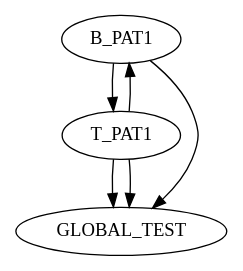
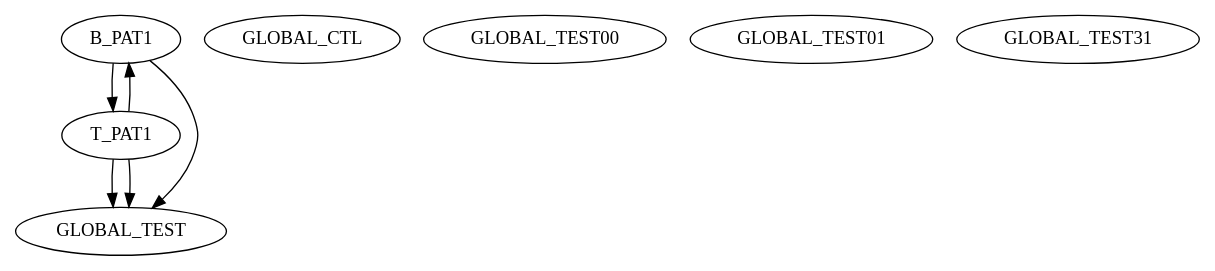
Before and after one commit to GSI-CS-CO/bel_projects: the diagram in modules/ftm/ftmx86/global.dot, drawn with Graphviz. The commit also changed 3 other files, not shown here.

Commit message:
DM: lib: now supporting reflocations for thread control and data (UNILAC->SIS thread start)

```diff
--- a/modules/ftm/ftmx86/global.dot
+++ b/modules/ftm/ftmx86/global.dot
@@ -1,25 +1,29 @@
 digraph g {
 name="Global_Test";
 
 graph []
 edge  [type="defdst"]
 
 
 subgraph cpu0 {
   node  [cpu="0", pattern="PAT1"];
 
   B_PAT1[type="block", tperiod="1000000000", patexit="true", qlo="true" ];
   T_PAT1[type="tmsg", toffs="0", patentry="true", fid="1", gid="200", evtno="259", beamin="0", bpcstart="0", sid="1", bpid="3", reqnobeam="0", vacc="0", par="0xCAFEBABE00000000", tef="0"];
   T_PAT1->B_PAT1->T_PAT1;
 
   GLOBAL_TEST [type="global", section="registers", pattern="EXTERN" ];
+  GLOBAL_CTL    [type="global", section="threadControl", pattern="EXTERN" ];
+  GLOBAL_TEST00 [type="global", section="threadStaging_00", pattern="EXTERN" ];
+  GLOBAL_TEST01 [type="global", section="threadStaging_01", pattern="EXTERN" ];
+  GLOBAL_TEST31 [type="global", section="threadStaging_31", pattern="EXTERN" ];
   
 
   B_PAT1->GLOBAL_TEST [type="reference", fieldtail="0x04", fieldhead="0x00", fieldwidth="32"];
   T_PAT1->GLOBAL_TEST [type="reference", fieldtail="0x14", fieldhead="0x00", fieldwidth="32"];
   T_PAT1->GLOBAL_TEST [type="address", fieldtail="0x10", fieldhead="0x00", fieldwidth="32"];
 }
 
 
 
 }
```
